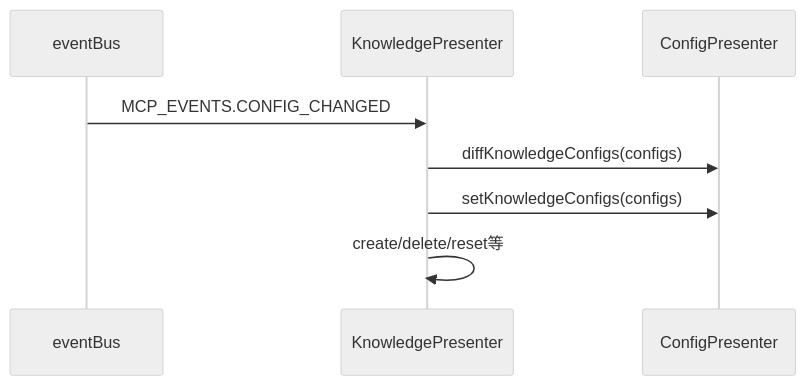
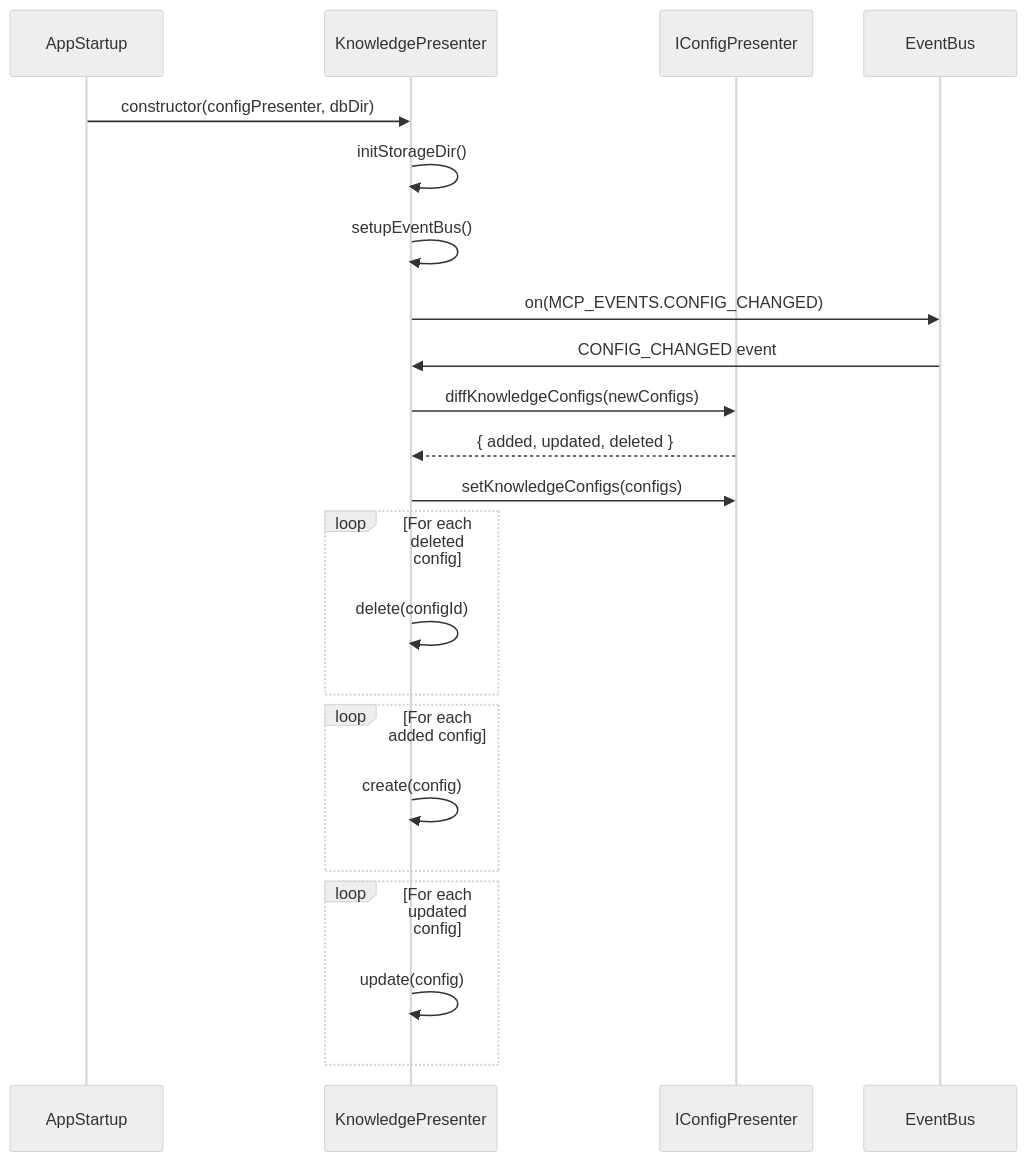
One commit to wangle201210/deepchat changed the second of 4 diagrams in docs/builtin-knowledge-architecture.md. Above: the diagram before and after it, drawn with Mermaid (neutral theme). The commit also changed other lines of this file and 4 other files, not shown here.

First line of the commit message:
feat: Refactor Knowledge Presenter and related components

````diff
--- a/docs/builtin-knowledge-architecture.md
+++ b/docs/builtin-knowledge-architecture.md
@@ -69,11 +183,25 @@
 ```mermaid
 sequenceDiagram
-    participant eventBus
+    participant AppStartup
     participant KnowledgePresenter
-    participant ConfigPresenter
+    participant IConfigPresenter
+    participant EventBus
 
-    eventBus->>KnowledgePresenter: MCP_EVENTS.CONFIG_CHANGED
-    KnowledgePresenter->>ConfigPresenter: diffKnowledgeConfigs(configs)
-    KnowledgePresenter->>ConfigPresenter: setKnowledgeConfigs(configs)
-    KnowledgePresenter->>KnowledgePresenter: create/delete/reset等
+    AppStartup->>KnowledgePresenter: constructor(configPresenter, dbDir)
+    KnowledgePresenter->>KnowledgePresenter: initStorageDir()
+    KnowledgePresenter->>KnowledgePresenter: setupEventBus()
+    KnowledgePresenter->>EventBus: on(MCP_EVENTS.CONFIG_CHANGED)
+    EventBus->>KnowledgePresenter: CONFIG_CHANGED event
+    KnowledgePresenter->>IConfigPresenter: diffKnowledgeConfigs(newConfigs)
+    IConfigPresenter-->>KnowledgePresenter: { added, updated, deleted }
+    KnowledgePresenter->>IConfigPresenter: setKnowledgeConfigs(configs)
+    loop For each deleted config
+        KnowledgePresenter->>KnowledgePresenter: delete(configId)
+    end
+    loop For each added config
+        KnowledgePresenter->>KnowledgePresenter: create(config)
+    end
+    loop For each updated config
+        KnowledgePresenter->>KnowledgePresenter: update(config)
+    end
 ```
````
